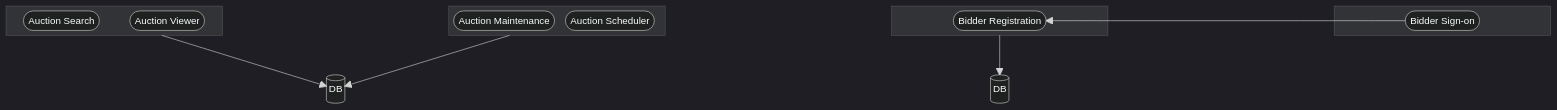
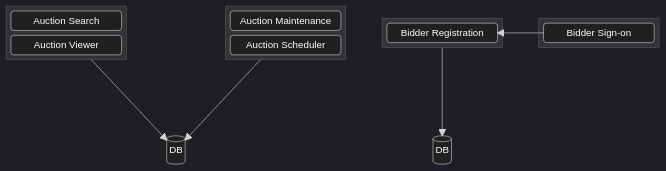
One commit to Copystrike/slides-ict-architecture changed the fourth of 7 diagrams in theorieles 3/index.md. Above: the diagram before and after it, drawn with Mermaid. The commit also changed other lines of this file and 2 other files, not shown here.

Commit message:
Fix diagram text size. Scrolling behavior is hard to fix because Reveal does a whole bunch of transforms and units like vw or vh don't act as expected.

```diff
--- a/theorieles 3/index.md
+++ b/theorieles 3/index.md
@@ -148,28 +184,32 @@
 <div class="mermaid">
 %%{init: {'theme': 'dark', 'themeVariables': { 'darkMode': true }}}%%
 block-beta
-columns 7
-  block:service1
-    auctionsearch(["Auction Search"])
-    auctionviewer(["Auction Viewer"])
+%% 7 kolommen, waarvan 4 voor services, 2 echt leeg en 1 met DB in
+%% neem 4 per service, 3 voor de DB en 2 per spatie?
+columns 21
+  block:service1:4
+    columns 1
+    auctionsearch("Auction Search")
+    auctionviewer("Auction Viewer")
   end
-  space
-  block:service2
-    auctionmaintenance(["Auction Maintenance"])
-    auctionscheduler(["Auction Scheduler"])
+  space:3
+  block:service2:4
+  columns 1
+    auctionmaintenance("Auction Maintenance")
+    auctionscheduler("Auction Scheduler")
   end
-  space
-  block:service3
-    bidderregistration(["Bidder Registration"])
+  space:1
+  block:service3:4
+    bidderregistration("Bidder Registration")
   end
-  space
-  block:service4
-    biddersignon(["Bidder Sign-on"])
+  space:1
+  block:service4:4
+    biddersignon("Bidder Sign-on")
   end
-  space:7
-  space Database1[("DB")] space:2 Database2[("DB")] space:2
+  space:21
+  space:4 Database1[("DB")]:3 space:5 Database2[("DB")]:4 space:5
   service1-->Database1
   service2-->Database1
   service3-->Database2
   biddersignon-->bidderregistration
 </div>
```
